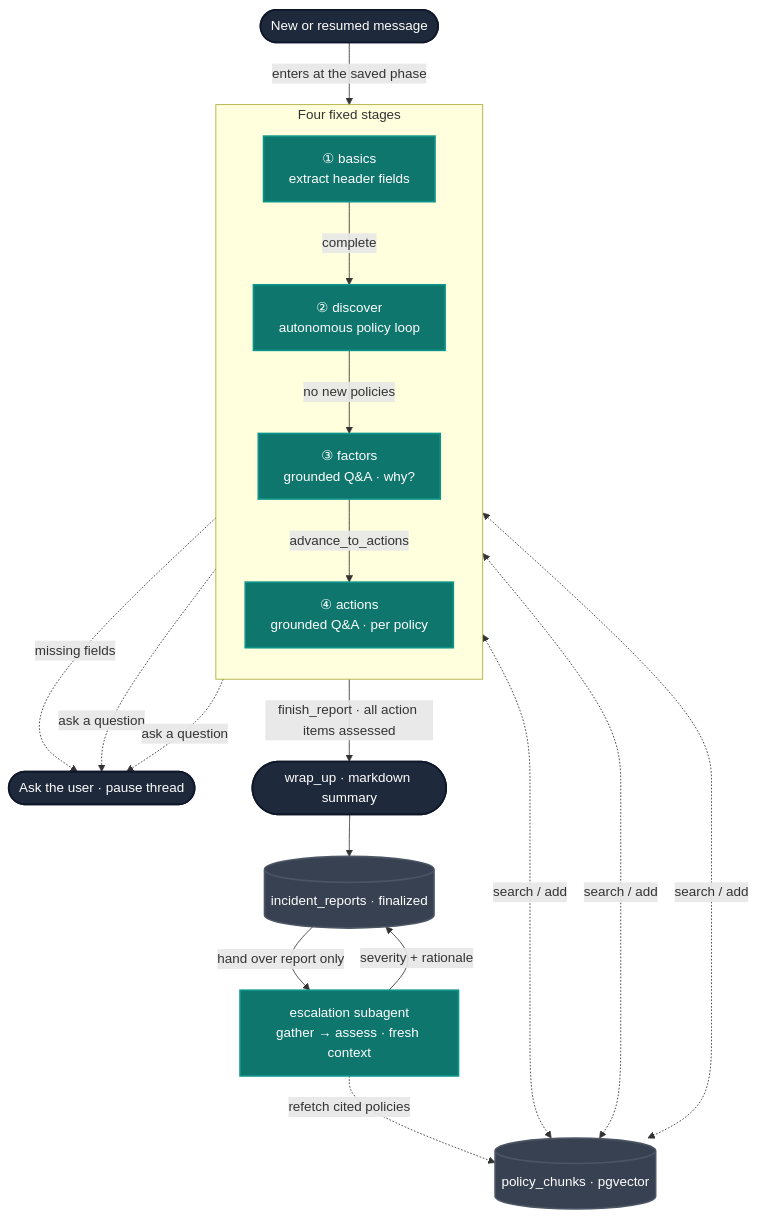
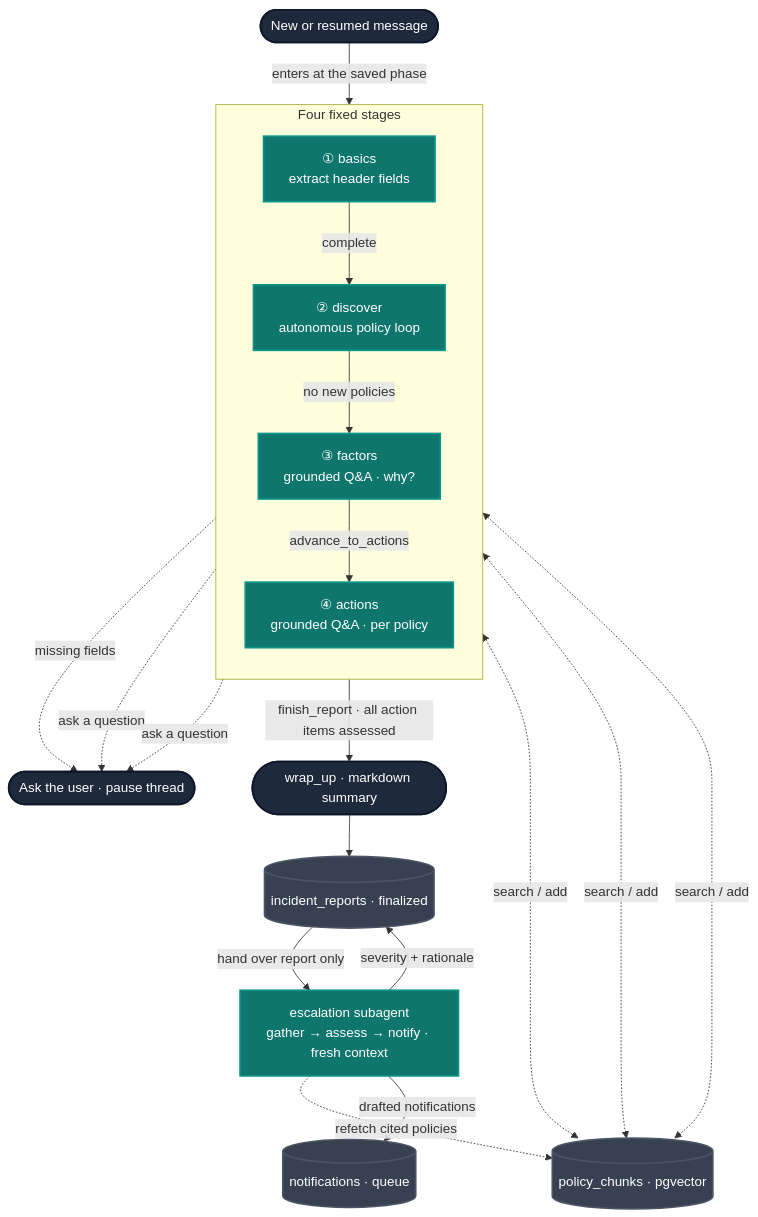
One commit to rmikulec/careai changed the diagram in design-docs/incident-reporting.md. Above: the diagram before and after it, drawn with Mermaid. The commit also changed other lines of this file and 1 other file, not shown here.

First line of the commit message:
Update docs for the notifications feature

````diff
--- a/design-docs/incident-reporting.md
+++ b/design-docs/incident-reporting.md
@@ -169,39 +179,40 @@
 ```mermaid
 graph TD
     classDef stage fill:#0F766E,stroke:#0D9488,color:#FFFFFF,stroke-width:2px
     classDef io fill:#1E293B,stroke:#0F172A,color:#FFFFFF,stroke-width:2px
     classDef store fill:#374151,stroke:#4B5563,color:#FFFFFF,stroke-width:2px
 
     START([New or resumed message]):::io
     WAIT([Ask the user · pause thread]):::io
     WRAP([wrap_up · markdown summary]):::io
     POL[(policy_chunks · pgvector)]:::store
 
     START -->|enters at the saved phase| basics
 
     subgraph PIPE [Four fixed stages]
         direction TB
         basics["① basics<br/>extract header fields"]:::stage
         discover["② discover<br/>autonomous policy loop"]:::stage
         factors["③ factors<br/>grounded Q&A · why?"]:::stage
         actions["④ actions<br/>grounded Q&A · per policy"]:::stage
 
         basics -->|complete| discover
         discover -->|no new policies| factors
         factors -->|advance_to_actions| actions
     end
 
     basics -. missing fields .-> WAIT
     factors -. ask a question .-> WAIT
     actions -. ask a question .-> WAIT
     actions -->|finish_report · all action items assessed| WRAP
 
     discover <-. search / add .-> POL
     factors  <-. search / add .-> POL
     actions  <-. search / add .-> POL
 
     WRAP --> SAVE[(incident_reports · finalized)]:::store
-    SAVE -->|hand over report only| ESC["escalation subagent<br/>gather → assess · fresh context"]:::stage
+    SAVE -->|hand over report only| ESC["escalation subagent<br/>gather → assess → notify · fresh context"]:::stage
     ESC -. refetch cited policies .-> POL
     ESC -->|severity + rationale| SAVE
+    ESC -->|drafted notifications| NOTIF[(notifications · queue)]:::store
 ```
````
